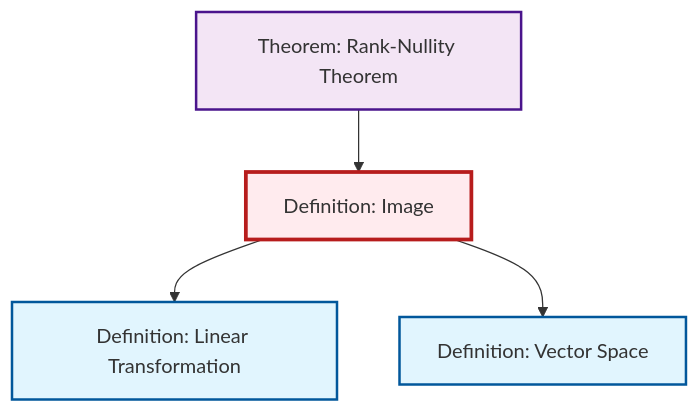
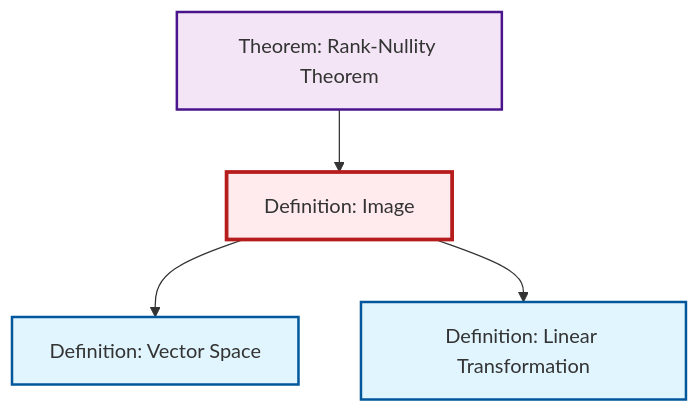
The diagram in content/ja/algebra/def-image.qmd (RK0429/ModernMath), drawn with Mermaid before and after one commit. The commit also changed other lines of this file and 474 other files, not shown here.

````diff
--- a/content/ja/algebra/def-image.qmd
+++ b/content/ja/algebra/def-image.qmd
@@ -55,20 +55,20 @@
 ```{mermaid}
 %%| fig-cap: "Local dependency graph"
 graph TD
     classDef definition fill:#e1f5fe,stroke:#01579b,stroke-width:2px
     classDef theorem fill:#f3e5f5,stroke:#4a148c,stroke-width:2px
     classDef axiom fill:#fff3e0,stroke:#e65100,stroke-width:2px
     classDef example fill:#e8f5e9,stroke:#1b5e20,stroke-width:2px
     classDef current fill:#ffebee,stroke:#b71c1c,stroke-width:3px
+    thm-rank-nullity["Theorem: Rank-Nullity Theorem"]:::theorem
+    def-image["Definition: Image"]:::definition
+    def-vector-space["Definition: Vector Space"]:::definition
     def-linear-transformation["Definition: Linear Transformation"]:::definition
-    thm-rank-nullity["Theorem: Rank-Nullity Theorem"]:::theorem
-    def-vector-space["Definition: Vector Space"]:::definition
-    def-image["Definition: Image"]:::definition
+    def-image --> def-vector-space
+    def-image --> def-linear-transformation
     thm-rank-nullity --> def-image
-    def-image --> def-linear-transformation
-    def-image --> def-vector-space
     class def-image current
-    click def-linear-transformation "def-linear-transformation.html" "Definition: Linear Transformationへ"
     click thm-rank-nullity "thm-rank-nullity.html" "Theorem: Rank-Nullity Theoremへ"
     click def-vector-space "def-vector-space.html" "Definition: Vector Spaceへ"
+    click def-linear-transformation "def-linear-transformation.html" "Definition: Linear Transformationへ"
 ```
````
